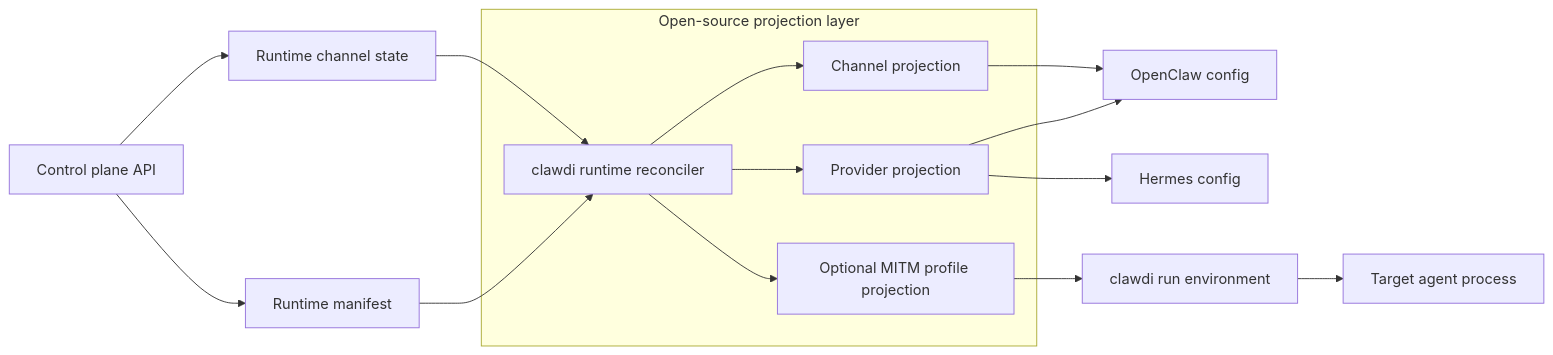
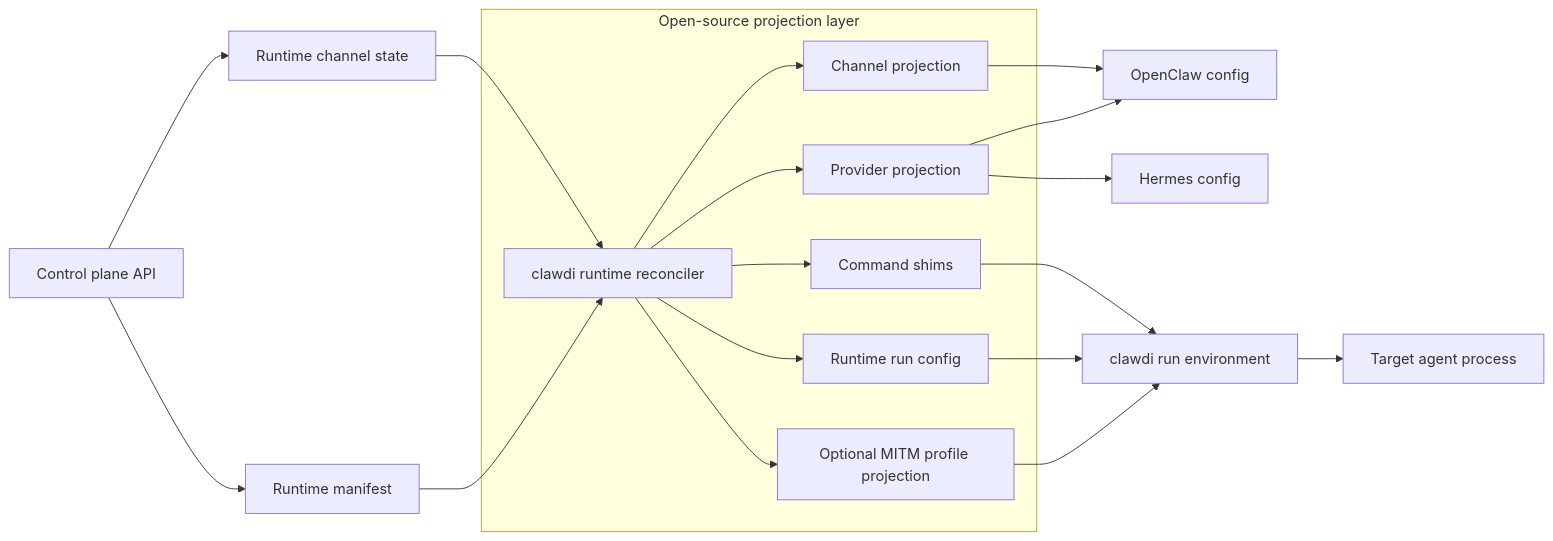
One commit to Clawdi-AI/clawdi changed the diagram in docs/plans/runtime-projection-boundary.md. Above: the diagram before and after it, drawn with Mermaid. The commit also changed other lines of this file and 20 other files, not shown here.

````diff
--- a/docs/plans/runtime-projection-boundary.md
+++ b/docs/plans/runtime-projection-boundary.md
@@ -32,19 +44,23 @@
 ```mermaid
 flowchart LR
     ControlPlane[Control plane API] --> Manifest[Runtime manifest]
     ControlPlane --> Channels[Runtime channel state]
     Manifest --> CLI[clawdi runtime reconciler]
     Channels --> CLI
 
     subgraph Projection["Open-source projection layer"]
         CLI --> Provider[Provider projection]
         CLI --> Channel[Channel projection]
         CLI --> Broker[Optional MITM profile projection]
+        CLI --> RunConfig[Runtime run config]
+        CLI --> Shims[Command shims]
     end
 
     Provider --> OpenClaw[OpenClaw config]
     Provider --> Hermes[Hermes config]
     Channel --> OpenClaw
     Broker --> Runner[clawdi run environment]
+    RunConfig --> Runner
+    Shims --> Runner
     Runner --> Target[Target agent process]
 ```
````
